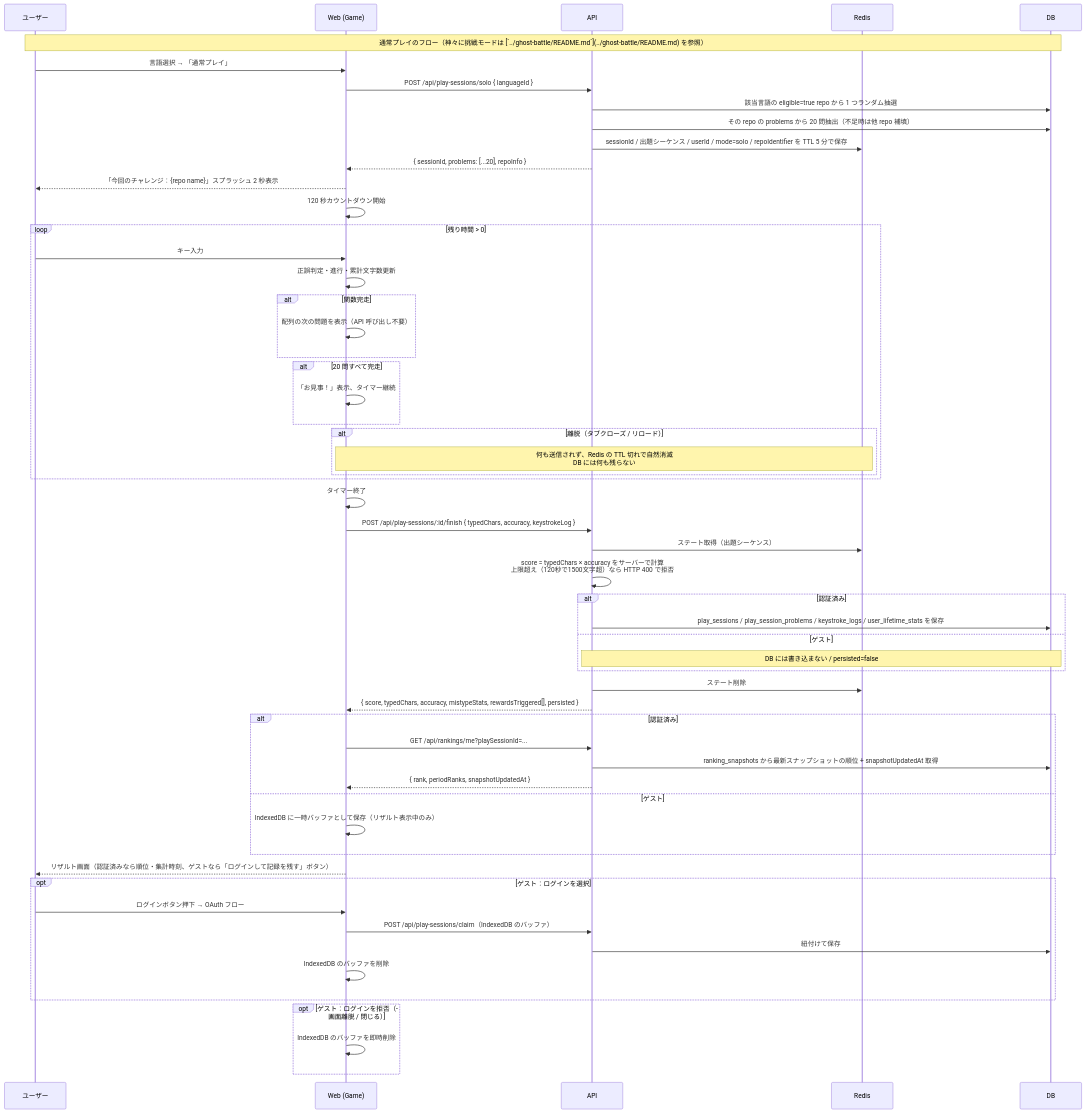
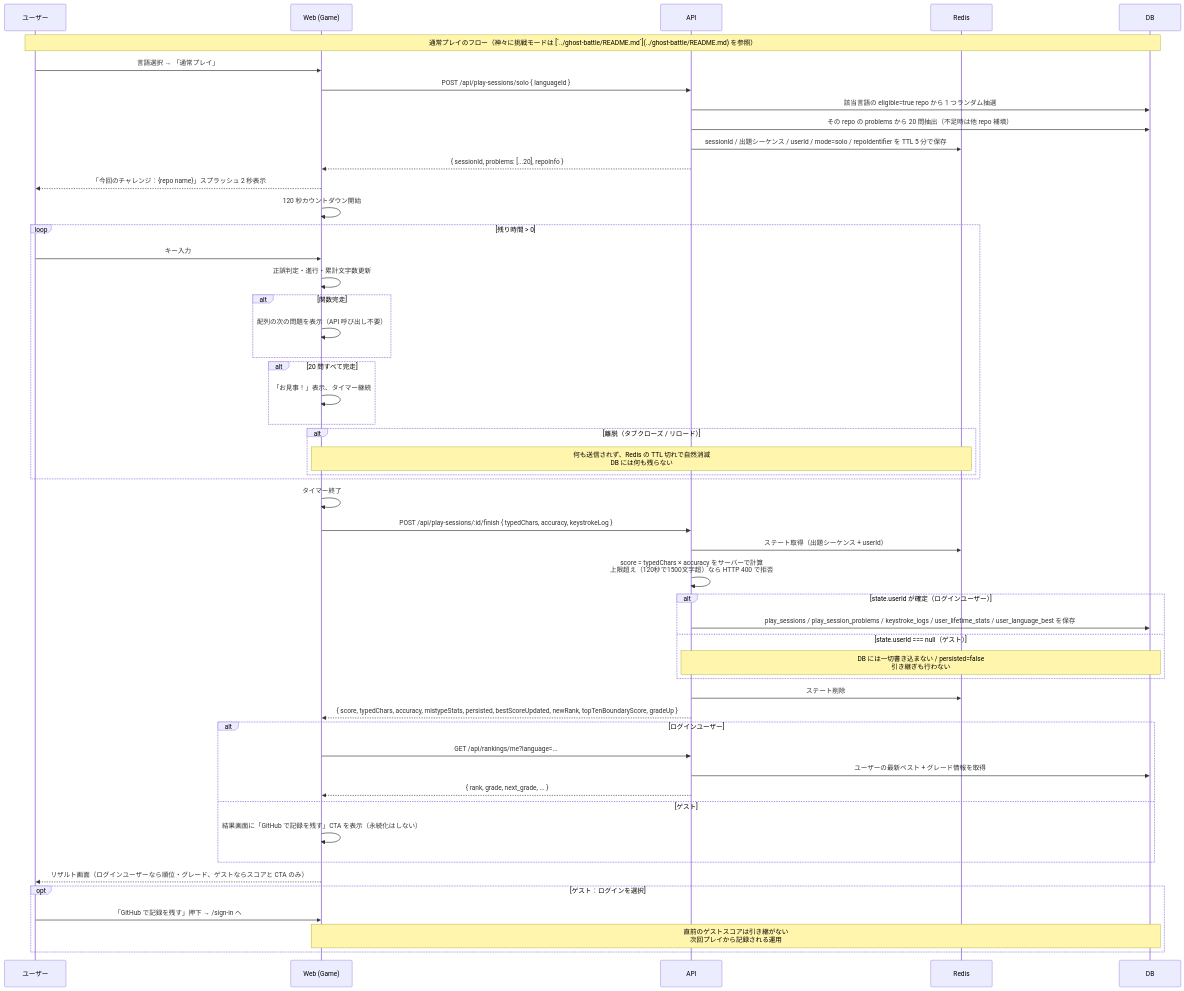
One commit to kentakki416/typing-royale changed the diagram in docs/spec/typing-engine/README.md. Above: the diagram before and after it, drawn with Mermaid. The commit also changed other lines of this file and 6 other files, not shown here.

First line of the commit message:
docs(guest-play): TODO と関連仕様書を MVP 方針 (claim/IndexedDB 廃止) に更新

````diff
--- a/docs/spec/typing-engine/README.md
+++ b/docs/spec/typing-engine/README.md
@@ -273,67 +273,61 @@
 ```mermaid
 sequenceDiagram
     participant U as ユーザー
     participant W as Web (Game)
     participant API as API
     participant Redis as Redis
     participant DB as DB
 
     Note over U,DB: 通常プレイのフロー（神々に挑戦モードは [`../ghost-battle/README.md`](../ghost-battle/README.md) を参照）
 
     U->>W: 言語選択 → 「通常プレイ」
     W->>API: POST /api/play-sessions/solo { languageId }
     API->>DB: 該当言語の eligible=true repo から 1 つランダム抽選
     API->>DB: その repo の problems から 20 問抽出（不足時は他 repo 補填）
     API->>Redis: sessionId / 出題シーケンス / userId / mode=solo / repoIdentifier を TTL 5 分で保存
     API-->>W: { sessionId, problems: [...20], repoInfo }
     W-->>U: 「今回のチャレンジ：{repo name}」スプラッシュ 2 秒表示
     W->>W: 120 秒カウントダウン開始
 
     loop 残り時間 > 0
         U->>W: キー入力
         W->>W: 正誤判定・進行・累計文字数更新
 
         alt 関数完走
             W->>W: 配列の次の問題を表示（API 呼び出し不要）
         end
 
         alt 20 問すべて完走
             W->>W: 「お見事！」表示、タイマー継続
         end
 
         alt 離脱（タブクローズ / リロード）
             Note over W,Redis: 何も送信されず、Redis の TTL 切れで自然消滅<br/>DB には何も残らない
         end
     end
 
     W->>W: タイマー終了
     W->>API: POST /api/play-sessions/:id/finish { typedChars, accuracy, keystrokeLog }
-    API->>Redis: ステート取得（出題シーケンス）
+    API->>Redis: ステート取得（出題シーケンス + userId）
     API->>API: score = typedChars × accuracy をサーバーで計算<br/>上限超え（120秒で1500文字超）なら HTTP 400 で拒否
-    alt 認証済み
-        API->>DB: play_sessions / play_session_problems / keystroke_logs / user_lifetime_stats を保存
-    else ゲスト
-        Note over API,DB: DB には書き込まない / persisted=false
+    alt state.userId が確定（ログインユーザー）
+        API->>DB: play_sessions / play_session_problems / keystroke_logs / user_lifetime_stats / user_language_best を保存
+    else state.userId === null（ゲスト）
+        Note over API,DB: DB には一切書き込まない / persisted=false<br/>引き継ぎも行わない
     end
     API->>Redis: ステート削除
-    API-->>W: { score, typedChars, accuracy, mistypeStats, rewardsTriggered[], persisted }
-    alt 認証済み
-        W->>API: GET /api/rankings/me?playSessionId=...
-        API->>DB: ranking_snapshots から最新スナップショットの順位 + snapshotUpdatedAt 取得
-        API-->>W: { rank, periodRanks, snapshotUpdatedAt }
+    API-->>W: { score, typedChars, accuracy, mistypeStats, persisted, bestScoreUpdated, newRank, topTenBoundaryScore, gradeUp }
+    alt ログインユーザー
+        W->>API: GET /api/rankings/me?language=...
+        API->>DB: ユーザーの最新ベスト + グレード情報を取得
+        API-->>W: { rank, grade, next_grade, ... }
     else ゲスト
-        W->>W: IndexedDB に一時バッファとして保存（リザルト表示中のみ）
+        W->>W: 結果画面に「GitHub で記録を残す」CTA を表示（永続化はしない）
     end
-    W-->>U: リザルト画面（認証済みなら順位・集計時刻、ゲストなら「ログインして記録を残す」ボタン）
+    W-->>U: リザルト画面（ログインユーザーなら順位・グレード、ゲストならスコアと CTA のみ）
 
     opt ゲスト：ログインを選択
-        U->>W: ログインボタン押下 → OAuth フロー
-        W->>API: POST /api/play-sessions/claim（IndexedDB のバッファ）
-        API->>DB: 紐付けて保存
-        W->>W: IndexedDB のバッファを削除
-    end
-
-    opt ゲスト：ログインを拒否（画面離脱 / 閉じる）
-        W->>W: IndexedDB のバッファを即時削除
+        U->>W: 「GitHub で記録を残す」押下 → /sign-in へ
+        Note over W,DB: 直前のゲストスコアは引き継がない<br/>次回プレイから記録される運用
     end
 ```
````
